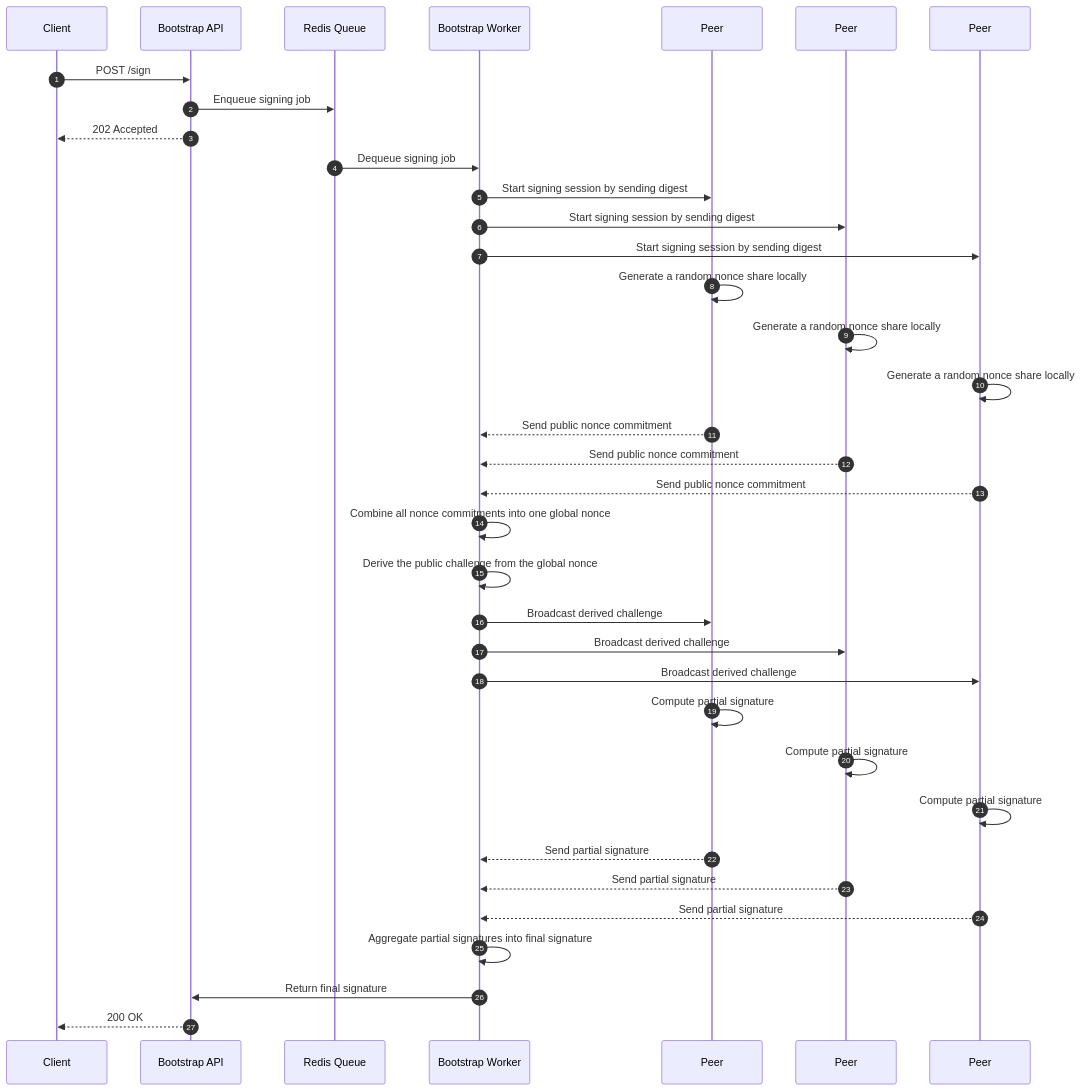
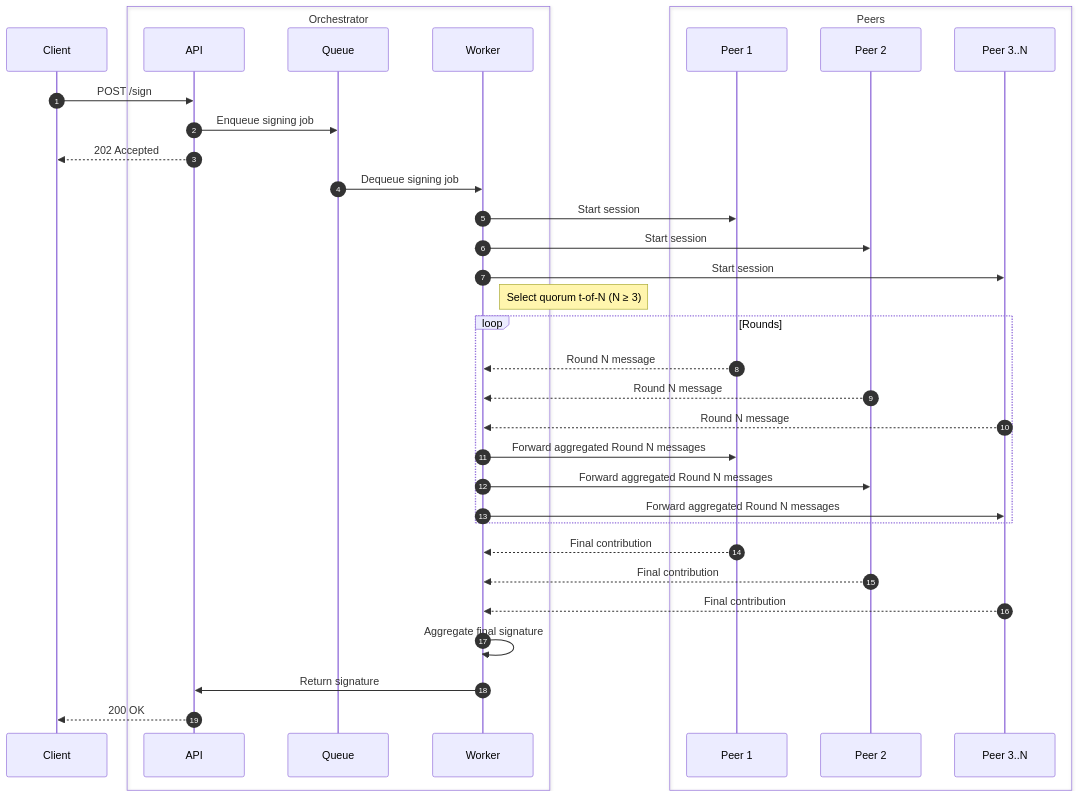
The second of 2 diagrams in README.md (shreeed-app/multi-party-computation-controller-api), drawn with Mermaid before and after one commit. The commit also changed other lines of this file, not shown here.

Commit message:
doc: updated readme schemas in order to match api structure

````diff
--- a/README.md
+++ b/README.md
@@ -41,51 +56,48 @@
 ```mermaid
 sequenceDiagram
     autonumber
 
     participant Client
-    participant API as Bootstrap API
-    participant Queue as Redis Queue
-    participant Worker as Bootstrap Worker
-    participant FirstPeer as Peer #1
-    participant SecondPeer as Peer #2
-    participant ThirdPeer as Peer #3
 
-    %% Public API
+    box Orchestrator
+        participant API
+        participant Queue
+        participant Worker
+    end
+
+    box Peers
+        participant FirstPeer as Peer 1
+        participant SecondPeer as Peer 2
+        participant NPeer as Peer 3..N
+    end
+
     Client->>API: POST /sign
     API->>Queue: Enqueue signing job
     API-->>Client: 202 Accepted
 
-    %% Worker orchestration
     Queue->>Worker: Dequeue signing job
 
-    Worker->>FirstPeer: Start signing session by sending digest
-    Worker->>SecondPeer: Start signing session by sending digest
-    Worker->>ThirdPeer: Start signing session by sending digest
+    Worker->>FirstPeer: Start session
+    Worker->>SecondPeer: Start session
+    Worker->>NPeer: Start session
 
-    FirstPeer->>FirstPeer: Generate a random nonce share locally
-    SecondPeer->>SecondPeer: Generate a random nonce share locally
-    ThirdPeer->>ThirdPeer: Generate a random nonce share locally
+    Note right of Worker: Select quorum t-of-N (N ≥ 3)
+    loop Rounds
+        FirstPeer-->>Worker: Round N message
+        SecondPeer-->>Worker: Round N message
+        NPeer-->>Worker: Round N message
 
-    FirstPeer-->>Worker: Send public nonce commitment
-    SecondPeer-->>Worker: Send public nonce commitment
-    ThirdPeer-->>Worker: Send public nonce commitment
+        Worker->>FirstPeer: Forward aggregated Round N messages
+        Worker->>SecondPeer: Forward aggregated Round N messages
+        Worker->>NPeer: Forward aggregated Round N messages
+    end
 
-    Worker->>Worker: Combine all nonce commitments into one global nonce
-    Worker->>Worker: Derive the public challenge from the global nonce
+    FirstPeer-->>Worker: Final contribution
+    SecondPeer-->>Worker: Final contribution
+    NPeer-->>Worker: Final contribution
 
-    Worker->>FirstPeer: Broadcast derived challenge
-    Worker->>SecondPeer: Broadcast derived challenge
-    Worker->>ThirdPeer: Broadcast derived challenge
+    Worker->>Worker: Aggregate final signature
+    Worker->>API: Return signature
+    API-->>Client: 200 OK
 
-    FirstPeer->>FirstPeer: Compute partial signature
-    SecondPeer->>SecondPeer: Compute partial signature
-    ThirdPeer->>ThirdPeer: Compute partial signature
-
-    FirstPeer-->>Worker: Send partial signature
-    SecondPeer-->>Worker: Send partial signature
-    ThirdPeer-->>Worker: Send partial signature
-
-    Worker->>Worker: Aggregate partial signatures into final signature
-    Worker->>API: Return final signature
-    API-->>Client: 200 OK
 ```
````
